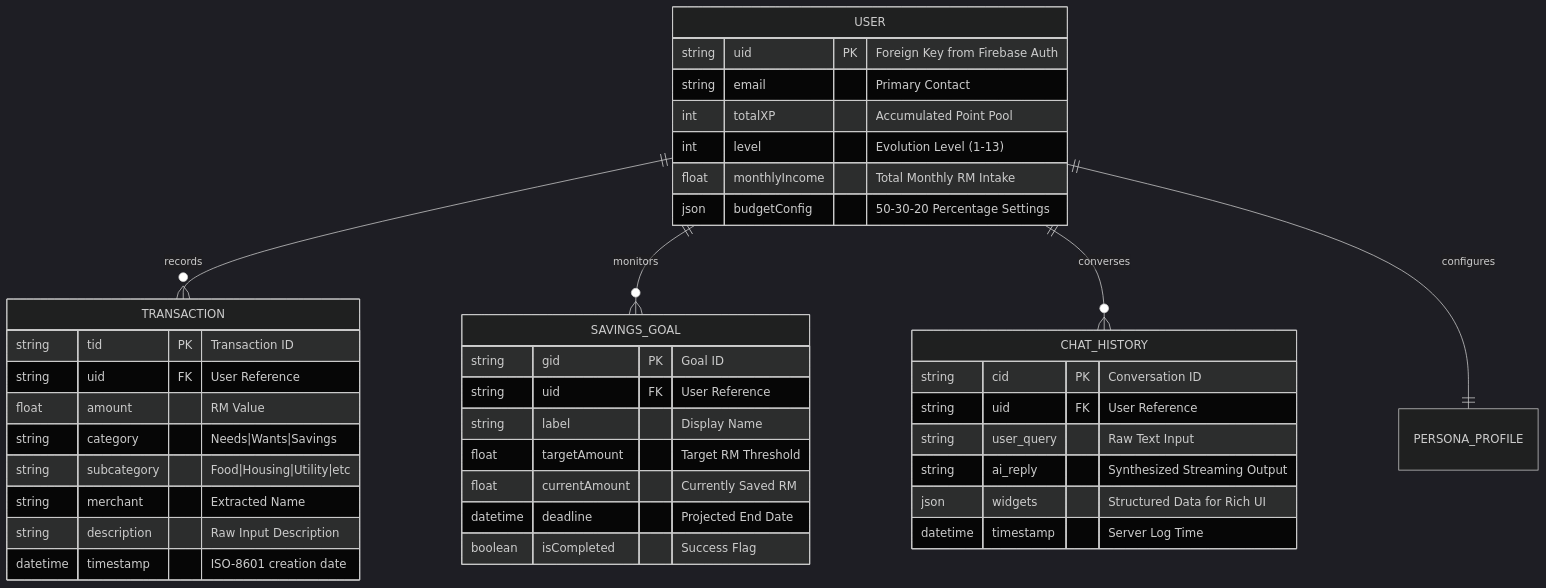
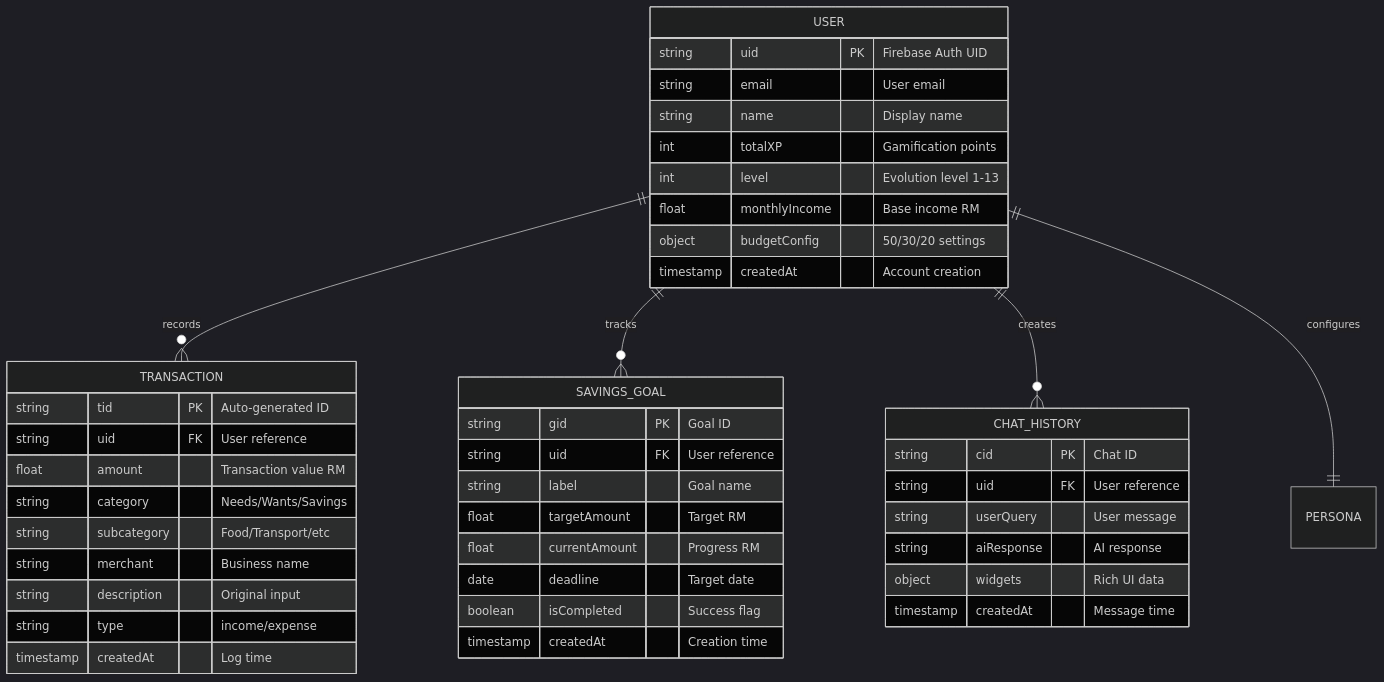
One commit to izwanGit/Beruang changed the third of 3 diagrams in README.md. Above: the diagram before and after it, drawn with Mermaid (dark theme). The commit also changed other lines of this file, not shown here.

````diff
--- a/README.md
+++ b/README.md
@@ -153,46 +300,50 @@
 ```mermaid
 erDiagram
-    USER ||--o{ TRANSACTION : "records"
-    USER ||--o{ SAVINGS_GOAL : "monitors"
-    USER ||--o{ CHAT_HISTORY : "converses"
-    USER ||--|| PERSONA_PROFILE : "configures"
+    USER ||--o{ TRANSACTION : records
+    USER ||--o{ SAVINGS_GOAL : tracks
+    USER ||--o{ CHAT_HISTORY : creates
+    USER ||--|| PERSONA : configures
 
     USER {
-        string uid PK "Foreign Key from Firebase Auth"
-        string email "Primary Contact"
-        int totalXP "Accumulated Point Pool"
-        int level "Evolution Level (1-13)"
-        float monthlyIncome "Total Monthly RM Intake"
-        json budgetConfig "50-30-20 Percentage Settings"
+        string uid PK "Firebase Auth UID"
+        string email "User email"
+        string name "Display name"
+        int totalXP "Gamification points"
+        int level "Evolution level 1-13"
+        float monthlyIncome "Base income RM"
+        object budgetConfig "50/30/20 settings"
+        timestamp createdAt "Account creation"
     }
 
     TRANSACTION {
-        string tid PK "Transaction ID"
-        string uid FK "User Reference"
-        float amount "RM Value"
-        string category "Needs|Wants|Savings"
-        string subcategory "Food|Housing|Utility|etc"
-        string merchant "Extracted Name"
-        string description "Raw Input Description"
-        datetime timestamp "ISO-8601 creation date"
+        string tid PK "Auto-generated ID"
+        string uid FK "User reference"
+        float amount "Transaction value RM"
+        string category "Needs/Wants/Savings"
+        string subcategory "Food/Transport/etc"
+        string merchant "Business name"
+        string description "Original input"
+        string type "income/expense"
+        timestamp createdAt "Log time"
     }
 
     SAVINGS_GOAL {
         string gid PK "Goal ID"
-        string uid FK "User Reference"
-        string label "Display Name"
-        float targetAmount "Target RM Threshold"
-        float currentAmount "Currently Saved RM"
-        datetime deadline "Projected End Date"
-        boolean isCompleted "Success Flag"
+        string uid FK "User reference"
+        string label "Goal name"
+        float targetAmount "Target RM"
+        float currentAmount "Progress RM"
+        date deadline "Target date"
+        boolean isCompleted "Success flag"
+        timestamp createdAt "Creation time"
     }
 
     CHAT_HISTORY {
-        string cid PK "Conversation ID"
-        string uid FK "User Reference"
-        string user_query "Raw Text Input"
-        string ai_reply "Synthesized Streaming Output"
-        json widgets "Structured Data for Rich UI"
-        datetime timestamp "Server Log Time"
+        string cid PK "Chat ID"
+        string uid FK "User reference"
+        string userQuery "User message"
+        string aiResponse "AI response"
+        object widgets "Rich UI data"
+        timestamp createdAt "Message time"
     }
 ```
````
